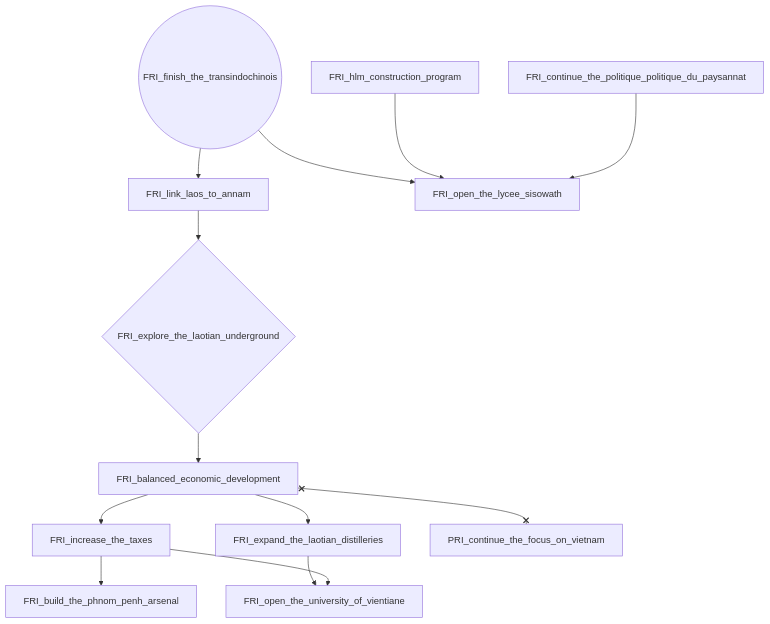
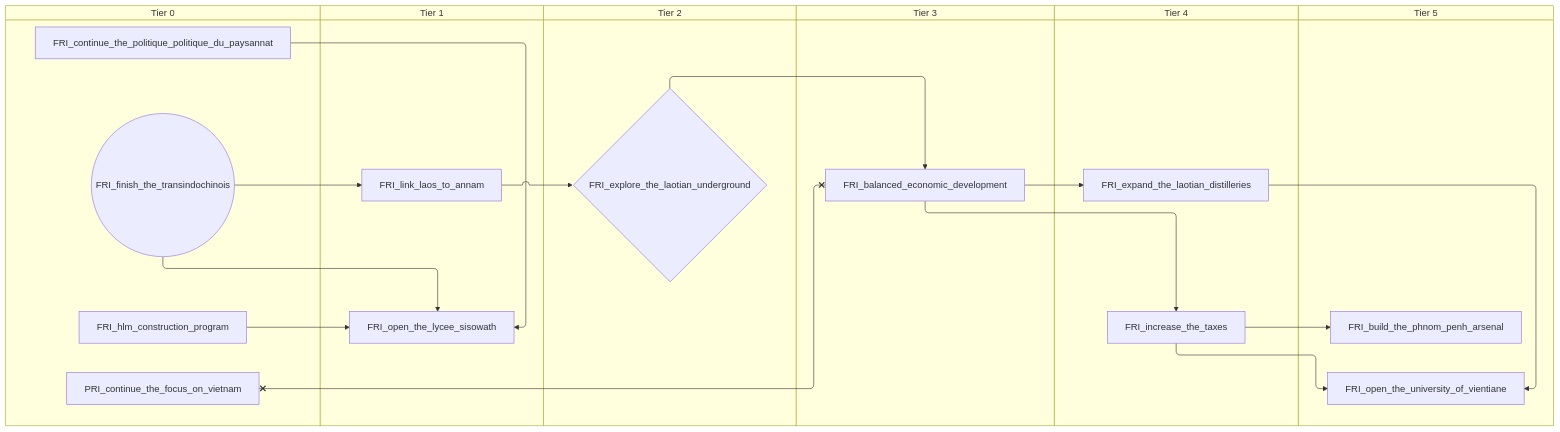
The third of 6 diagrams in docs/gdd/National Focuses/FrenchIndochina.md (evgeny-sobol/hoi4-sandbox-mode-r56), drawn with Mermaid before and after one commit. The commit also changed other lines of this file and 423 other files, not shown here.

First line of the commit message:
Re-export Rt56 focus trees as swimlane diagrams

````diff
--- a/docs/gdd/National Focuses/FrenchIndochina.md
+++ b/docs/gdd/National Focuses/FrenchIndochina.md
@@ -87,27 +115,39 @@
 ```mermaid
-flowchart TD
-    n1["FRI_balanced_economic_development"]
-    n32["FRI_build_the_phnom_penh_arsenal"]
-    n2["FRI_continue_the_politique_politique_du_paysannat"]
-    n33["FRI_expand_the_laotian_distilleries"]
-    n34{"FRI_explore_the_laotian_underground"}
-    n6(("FRI_finish_the_transindochinois"))
-    n7["FRI_hlm_construction_program"]
-    n35["FRI_increase_the_taxes"]
-    n36["FRI_link_laos_to_annam"]
-    n9["FRI_open_the_lycee_sisowath"]
-    n37["FRI_open_the_university_of_vientiane"]
-    n12["PRI_continue_the_focus_on_vietnam"]
-    n34 --> n1
-    n35 --> n32
-    n1 --> n33
-    n36 --> n34
+swimlane-beta TD
+    subgraph tier_0["Tier 0"]
+        n2["FRI_continue_the_politique_politique_du_paysannat"]
+        n3(("FRI_finish_the_transindochinois"))
+        n4["FRI_hlm_construction_program"]
+        n8["PRI_continue_the_focus_on_vietnam"]
+    end
+    subgraph tier_1["Tier 1"]
+        n32["FRI_link_laos_to_annam"]
+        n6["FRI_open_the_lycee_sisowath"]
+    end
+    subgraph tier_2["Tier 2"]
+        n33{"FRI_explore_the_laotian_underground"}
+    end
+    subgraph tier_3["Tier 3"]
+        n1["FRI_balanced_economic_development"]
+    end
+    subgraph tier_4["Tier 4"]
+        n34["FRI_expand_the_laotian_distilleries"]
+        n35["FRI_increase_the_taxes"]
+    end
+    subgraph tier_5["Tier 5"]
+        n36["FRI_build_the_phnom_penh_arsenal"]
+        n37["FRI_open_the_university_of_vientiane"]
+    end
+    n33 --> n1
+    n35 --> n36
+    n1 --> n34
+    n32 --> n33
     n1 --> n35
-    n6 --> n36
-    n2 --> n9
-    n7 --> n9
-    n6 --> n9
+    n3 --> n32
+    n2 --> n6
+    n4 --> n6
+    n3 --> n6
     n35 --> n37
-    n33 --> n37
-    n1 x--x n12
+    n34 --> n37
+    n1 x--x n8
 ```
````
